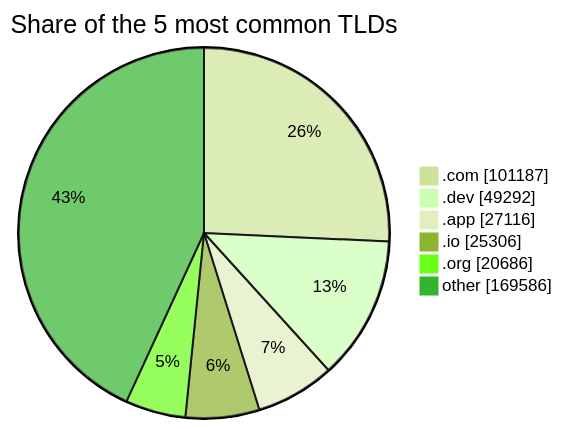
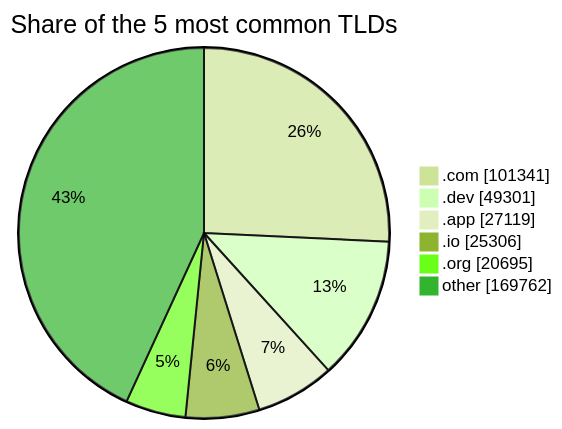
The third of 3 diagrams in README.md (DNSBunker/CTI), drawn with Mermaid (forest theme) before and after one commit. The commit also changed other lines of this file and 3 other files, not shown here.

````diff
--- a/README.md
+++ b/README.md
@@ -81,9 +81,9 @@
 ```mermaid
 pie showData title Share of the 5 most common TLDs
-    ".com" : 101187
-    ".dev" : 49292
-    ".app" : 27116
+    ".com" : 101341
+    ".dev" : 49301
+    ".app" : 27119
     ".io" : 25306
-    ".org" : 20686
-    "other" : 169586
+    ".org" : 20695
+    "other" : 169762
 ```
````
